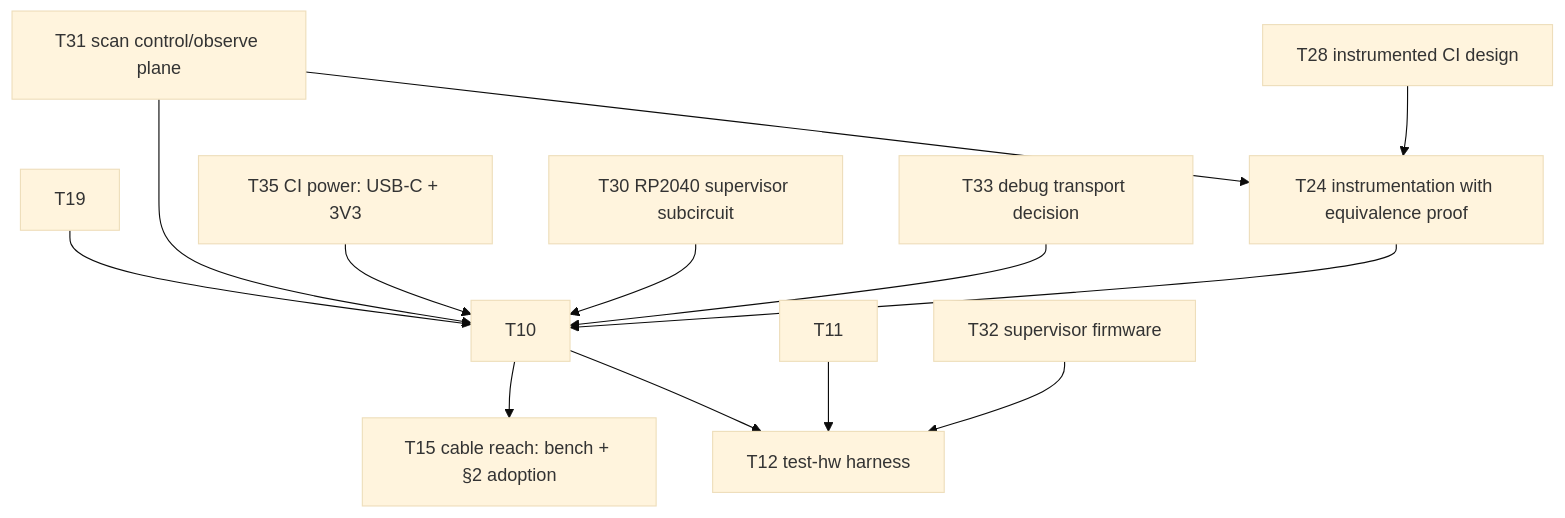
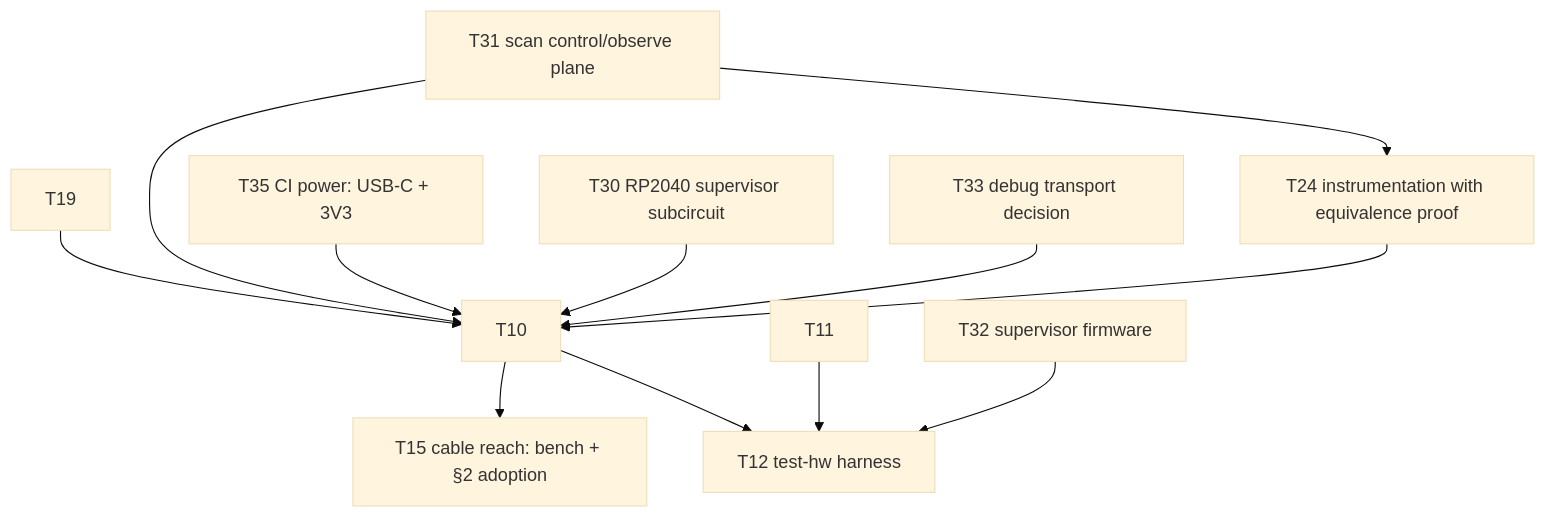
The diagram in KANBAN.md (kristofferkoch/oparroy), drawn with Mermaid (base theme) before and after one commit. The commit also changed other lines of this file, not shown here.

Commit message:
kanban: instrumented-CI design ships; the transform+equivalence card promotes to Next

````diff
--- a/KANBAN.md
+++ b/KANBAN.md
@@ -34,15 +34,14 @@
 ```mermaid
 graph TD
     T19 --> T10
-    T28[T28 instrumented CI design] --> T24[T24 instrumentation with equivalence proof]
-    T24 --> T10
+    T24[T24 instrumentation with equivalence proof] --> T10
     T31[T31 scan control/observe plane] --> T24
     T35[T35 CI power: USB-C + 3V3] --> T10
     T30[T30 RP2040 supervisor subcircuit] --> T10
     T31 --> T10
     T33[T33 debug transport decision] --> T10
     T10 --> T12[T12 test-hw harness]
     T10 --> T15[T15 cable reach: bench + §2 adoption]
     T11 --> T12
     T32[T32 supervisor firmware] --> T12
 ```
````
